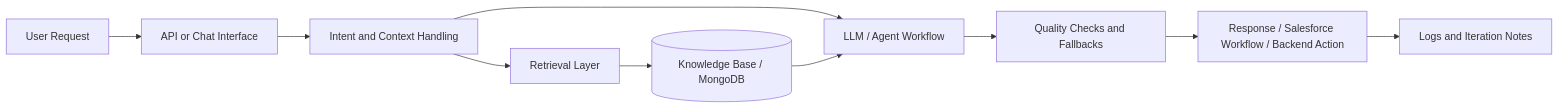
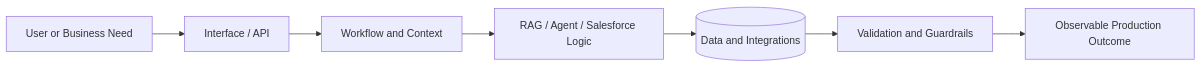
One commit to gouthamgovardhan/gouthamgovardhan changed the diagram in README.md. Above: the diagram before and after it, drawn with Mermaid. The commit also changed other lines of this file, not shown here.

````diff
--- a/README.md
+++ b/README.md
@@ -114,12 +35,9 @@
 ```mermaid
 flowchart LR
-    A[User Request] --> B[API or Chat Interface]
-    B --> C[Intent and Context Handling]
-    C --> D[Retrieval Layer]
-    D --> E[(Knowledge Base / MongoDB)]
-    C --> F[LLM / Agent Workflow]
-    E --> F
-    F --> G[Quality Checks and Fallbacks]
-    G --> H[Response / Salesforce Workflow / Backend Action]
-    H --> I[Logs and Iteration Notes]
+    A[User or Business Need] --> B[Interface / API]
+    B --> C[Workflow and Context]
+    C --> D[RAG / Agent / Salesforce Logic]
+    D --> E[(Data and Integrations)]
+    E --> F[Validation and Guardrails]
+    F --> G[Observable Production Outcome]
 ```
````
